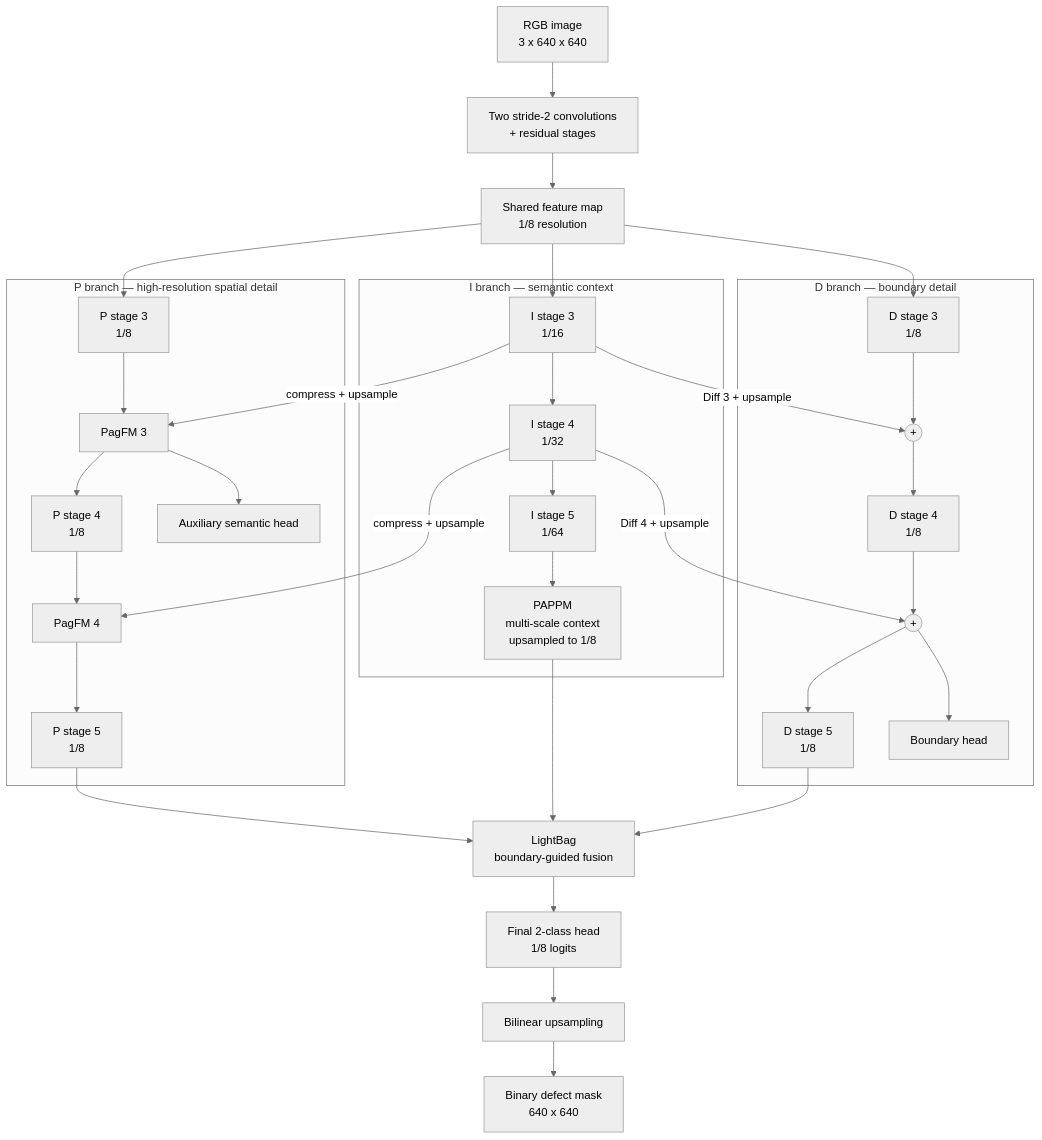
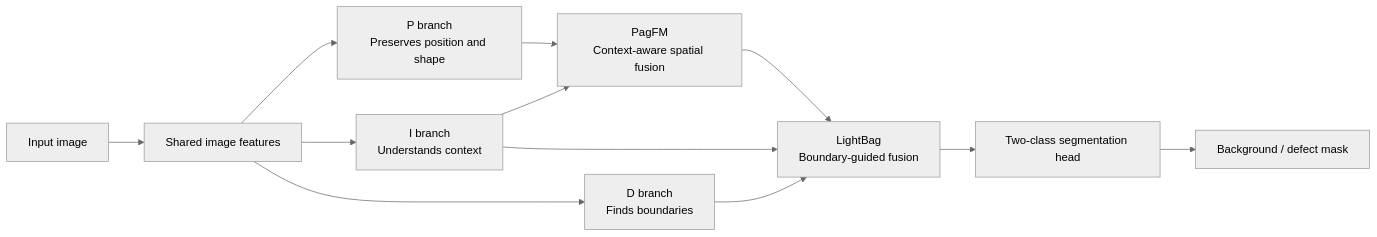
Before and after one commit to ananyashriram10/small-defect-detection: the first of 3 diagrams in novelty_experiments/anzd_pidnet/README.md, drawn with Mermaid (neutral theme). The commit also changed other lines of this file and 19 other files, not shown here.

Commit message:
Document ANZD-PIDNet architecture and add completed results

````diff
--- a/novelty_experiments/anzd_pidnet/README.md
+++ b/novelty_experiments/anzd_pidnet/README.md
@@ -19,39 +19,14 @@
 ```mermaid
-flowchart TB
-    IMAGE["RGB image<br/>3 x 640 x 640"] --> STEM["Two stride-2 convolutions<br/>+ residual stages"]
-    STEM --> SHARED["Shared feature map<br/>1/8 resolution"]
-
-    subgraph PBRANCH["P branch — high-resolution spatial detail"]
-        P3["P stage 3<br/>1/8"] --> PAG3["PagFM 3"]
-        PAG3 --> P4["P stage 4<br/>1/8"] --> PAG4["PagFM 4"]
-        PAG4 --> P5["P stage 5<br/>1/8"]
-        PAG3 --> P_AUX["Auxiliary semantic head"]
-    end
-
-    subgraph IBRANCH["I branch — semantic context"]
-        I3["I stage 3<br/>1/16"] --> I4["I stage 4<br/>1/32"]
-        I4 --> I5["I stage 5<br/>1/64"] --> PAPPM["PAPPM<br/>multi-scale context<br/>upsampled to 1/8"]
-    end
-
-    subgraph DBRANCH["D branch — boundary detail"]
-        D3["D stage 3<br/>1/8"] --> ADD3(("+")) --> D4["D stage 4<br/>1/8"]
-        D4 --> ADD4(("+")) --> D5["D stage 5<br/>1/8"]
-        ADD4 --> D_AUX["Boundary head"]
-    end
-
-    SHARED --> P3
-    SHARED --> I3
-    SHARED --> D3
-
-    I3 -- "compress + upsample" --> PAG3
-    I4 -- "compress + upsample" --> PAG4
-    I3 -- "Diff 3 + upsample" --> ADD3
-    I4 -- "Diff 4 + upsample" --> ADD4
-
-    P5 --> BAG["LightBag<br/>boundary-guided fusion"]
-    PAPPM --> BAG
-    D5 --> BAG
-    BAG --> FINAL["Final 2-class head<br/>1/8 logits"]
-    FINAL --> UPSAMPLE["Bilinear upsampling"]
-    UPSAMPLE --> MASK["Binary defect mask<br/>640 x 640"]
+flowchart LR
+    IMAGE["Input image"] --> SHARED["Shared image features"]
+    SHARED --> P["P branch<br/>Preserves position and shape"]
+    SHARED --> I["I branch<br/>Understands context"]
+    SHARED --> D["D branch<br/>Finds boundaries"]
+    P --> PAG["PagFM<br/>Context-aware spatial fusion"]
+    I --> PAG
+    PAG --> BAG["LightBag<br/>Boundary-guided fusion"]
+    I --> BAG
+    D --> BAG
+    BAG --> HEAD["Two-class segmentation head"]
+    HEAD --> MASK["Background / defect mask"]
 ```
````
